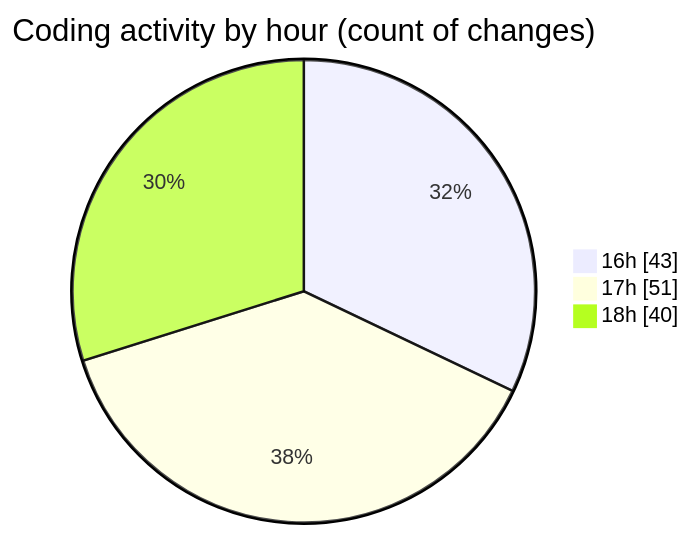
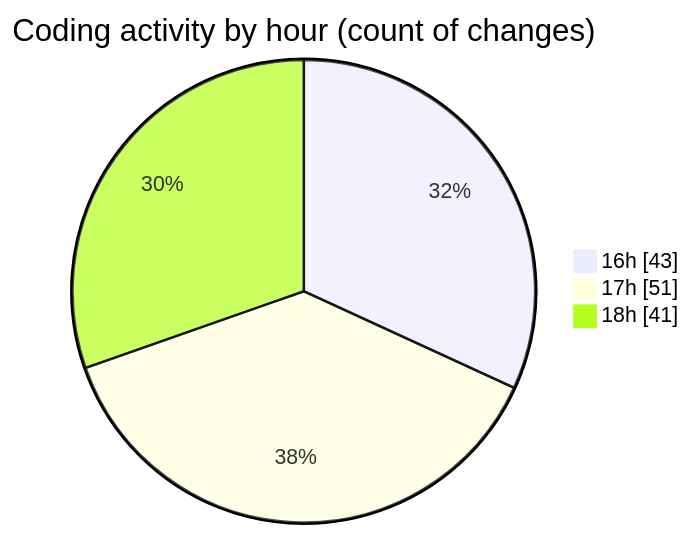
Before and after one commit to momahboobian/code-tracking: the second of 2 diagrams in 2026-11-13/broadcaster-v6-feature/README.md, drawn with Mermaid. The commit also changed other lines of this file and 1 other file, not shown here.

````diff
--- a/2026-11-13/broadcaster-v6-feature/README.md
+++ b/2026-11-13/broadcaster-v6-feature/README.md
@@ -66,7 +66,7 @@
 ```mermaid
 pie showData
 title Coding activity by hour (count of changes)
 "16h" : 43
 "17h" : 51
-"18h" : 40
+"18h" : 41
 ```
````
